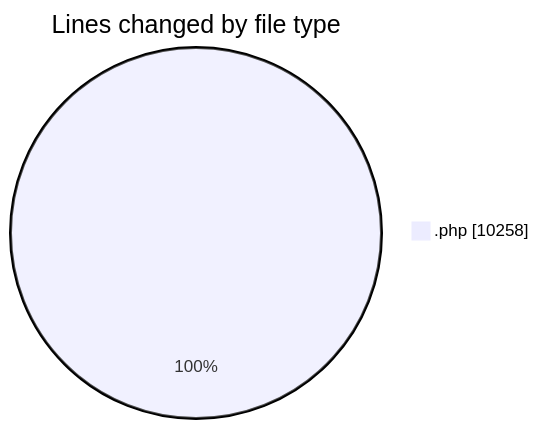
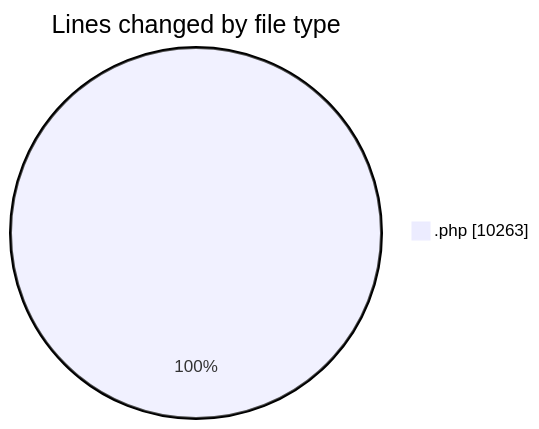
One commit to vahidmafi/code-tracking changed the first of 2 diagrams in 2025-07-21/shop/README.md. Above: the diagram before and after it, drawn with Mermaid. The commit also changed other lines of this file and 1 other file, not shown here.

````diff
--- a/2025-07-21/shop/README.md
+++ b/2025-07-21/shop/README.md
@@ -26,5 +26,5 @@
 ```mermaid
 pie showData
 title Lines changed by file type
-".php" : 10258
+".php" : 10263
 ```
````
